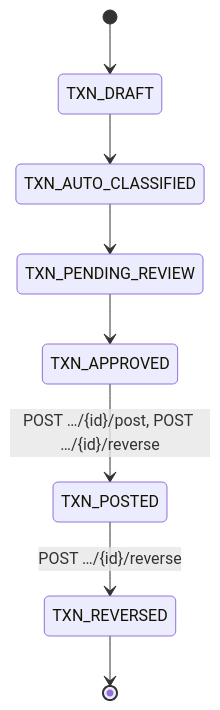
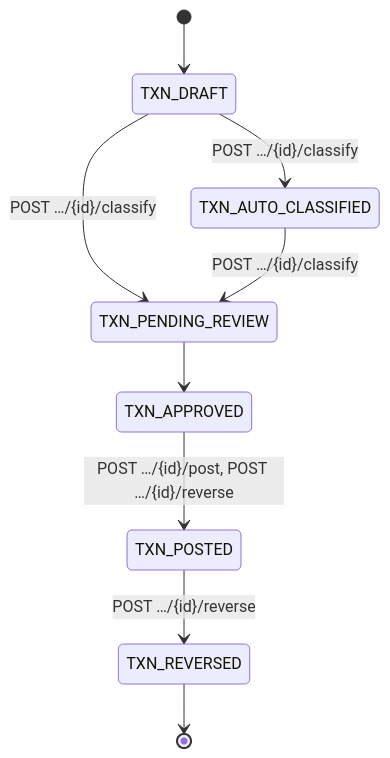
Before and after one commit to mdavila-2001/mantra-core-health-api: the fourth of 49 diagrams in docs/inventario/flujos/accounting.md, drawn with Mermaid. The commit also changed other lines of this file and 451 other files, not shown here.

````diff
--- a/docs/inventario/flujos/accounting.md
+++ b/docs/inventario/flujos/accounting.md
@@ -317,10 +514,11 @@
 ```mermaid
 stateDiagram-v2
   [*] --> TXN_DRAFT
-  TXN_DRAFT --> TXN_AUTO_CLASSIFIED
-  TXN_AUTO_CLASSIFIED --> TXN_PENDING_REVIEW
+  TXN_DRAFT --> TXN_AUTO_CLASSIFIED : POST …/{id}/classify
+  TXN_DRAFT --> TXN_PENDING_REVIEW : POST …/{id}/classify
+  TXN_AUTO_CLASSIFIED --> TXN_PENDING_REVIEW : POST …/{id}/classify
   TXN_PENDING_REVIEW --> TXN_APPROVED
   TXN_APPROVED --> TXN_POSTED : POST …/{id}/post, POST …/{id}/reverse
   TXN_POSTED --> TXN_REVERSED : POST …/{id}/reverse
   TXN_REVERSED --> [*]
 ```
````
